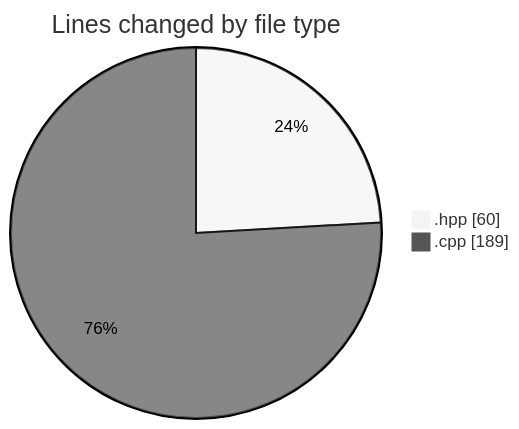
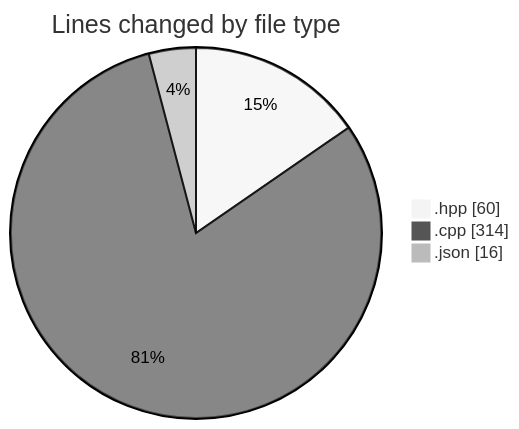
One commit to Netris89/code-tracking changed the first of 2 diagrams in 2025-04-20/echo/README.md. Above: the diagram before and after it, drawn with Mermaid (neutral theme). The commit also changed other lines of this file and 1 other file, not shown here.

````diff
--- a/2025-04-20/echo/README.md
+++ b/2025-04-20/echo/README.md
@@ -21,6 +22,7 @@
 ```mermaid
 pie showData
 title Lines changed by file type
 ".hpp" : 60
-".cpp" : 189
+".cpp" : 314
+".json" : 16
 ```
````
